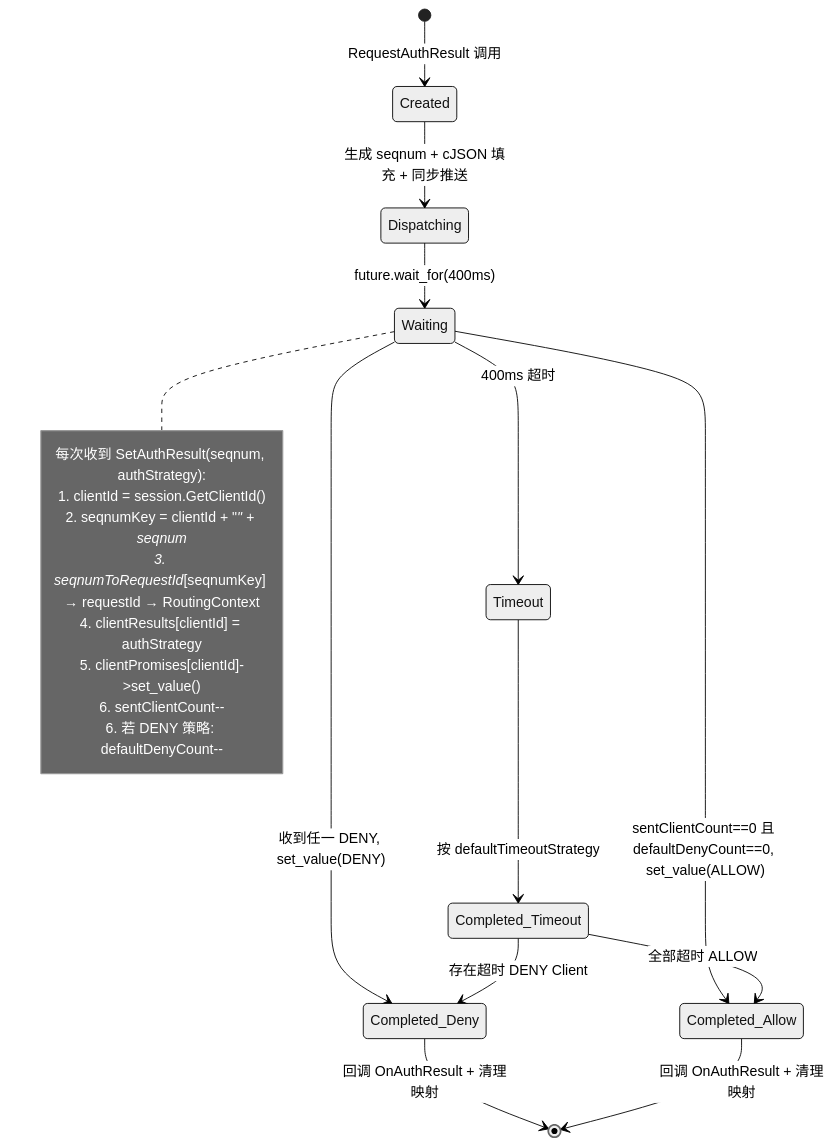
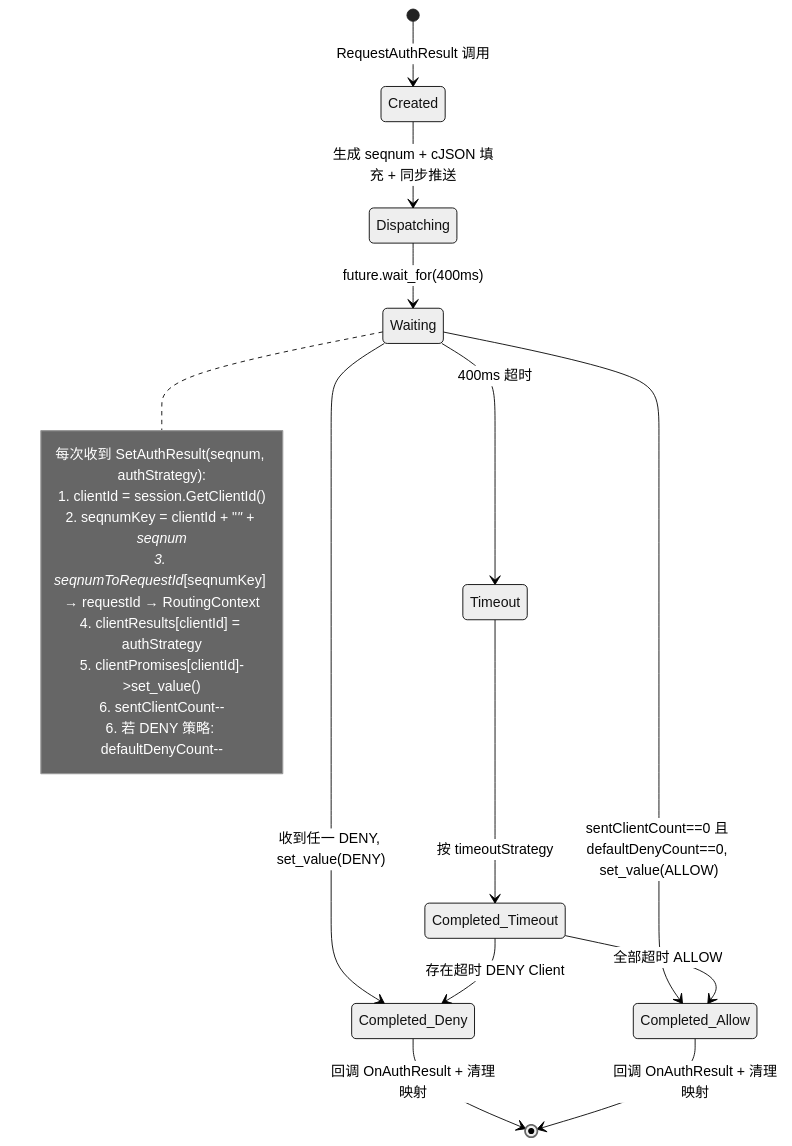
Before and after one commit to eclipse-oniro-mirrors/security_security_guard: the seventh of 10 diagrams in .sdd/SR-20260806903302/design-doc.md, drawn with Mermaid (neutral theme). The commit also changed other lines of this file, not shown here.

Commit message:
docs: update design docs for timeoutAllowFlag revert

````diff
--- a/.sdd/SR-20260806903302/design-doc.md
+++ b/.sdd/SR-20260806903302/design-doc.md
@@ -326,28 +326,28 @@
 ```mermaid
 stateDiagram-v2
     [*] --> Created : RequestAuthResult 调用
     Created --> Dispatching : 生成 seqnum + cJSON 填充 + 同步推送
     Dispatching --> Waiting : future.wait_for(400ms)
 
     Waiting --> Completed_Deny : 收到任一 DENY, set_value(DENY)
     Waiting --> Completed_Allow : sentClientCount==0 且 defaultDenyCount==0, set_value(ALLOW)
     Waiting --> Timeout : 400ms 超时
 
-    Timeout --> Completed_Timeout : 按 defaultTimeoutStrategy
+    Timeout --> Completed_Timeout : 按 timeoutStrategy
     Completed_Timeout --> Completed_Deny : 存在超时 DENY Client
     Completed_Timeout --> Completed_Allow : 全部超时 ALLOW
 
     Completed_Deny --> [*] : 回调 OnAuthResult + 清理映射
     Completed_Allow --> [*] : 回调 OnAuthResult + 清理映射
 
     note right of Waiting
         每次收到 SetAuthResult(seqnum, authStrategy):
         1. clientId = session.GetClientId()
         2. seqnumKey = clientId + "_" + seqnum
         3. seqnumToRequestId_[seqnumKey] → requestId → RoutingContext
         4. clientResults[clientId] = authStrategy
         5. clientPromises[clientId]->set_value()
         6. sentClientCount--
         6. 若 DENY 策略: defaultDenyCount--
     end note
 ```
````
